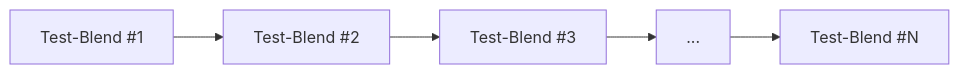
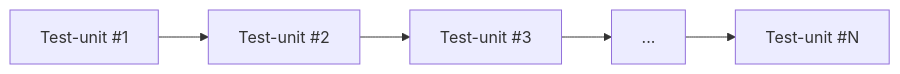
The fifth of 11 diagrams in Writerside/topics/convergedvminsearch-1.md (imahamdan/ctt_docs), drawn with Mermaid before and after one commit. The commit also changed other lines of this file and 11 other files, not shown here.

````diff
--- a/Writerside/topics/convergedvminsearch-1.md
+++ b/Writerside/topics/convergedvminsearch-1.md
@@ -78,4 +94,4 @@
 ```mermaid
 graph LR
-    T1["Test-Blend #1"] --> T2["Test-Blend #2"] --> T3["Test-Blend #3"] --> T4["..."] --> TN["Test-Blend #N"]
+    T1["Test-unit #1"] --> T2["Test-unit #2"] --> T3["Test-unit #3"] --> T4["..."] --> TN["Test-unit #N"]
 ```
````
